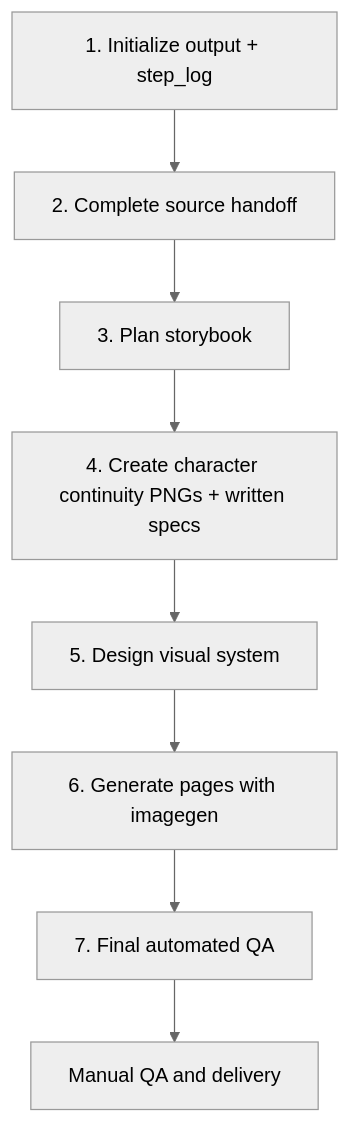
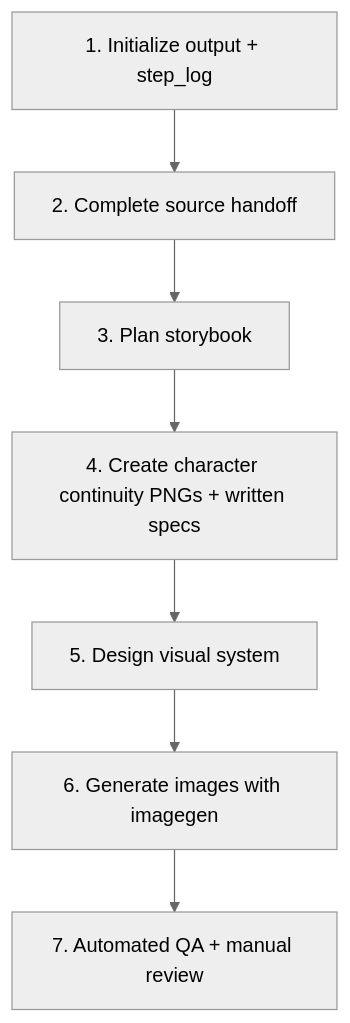
Before and after one commit to shiqian/family-picturebook-generator: the diagram in README.md, drawn with Mermaid (neutral theme). The commit also changed other lines of this file, not shown here.

````diff
--- a/README.md
+++ b/README.md
@@ -48,10 +68,9 @@
 ```mermaid
 flowchart TD
     A["1. Initialize output + step_log"] --> B["2. Complete source handoff"]
     B --> C["3. Plan storybook"]
     C --> D["4. Create character continuity PNGs + written specs"]
     D --> E["5. Design visual system"]
-    E --> F["6. Generate pages with imagegen"]
-    F --> G["7. Final automated QA"]
-    G --> H["Manual QA and delivery"]
+    E --> F["6. Generate images with imagegen"]
+    F --> G["7. Automated QA + manual review"]
 ```
````
